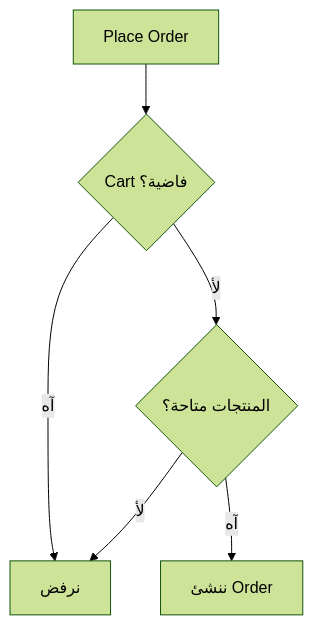
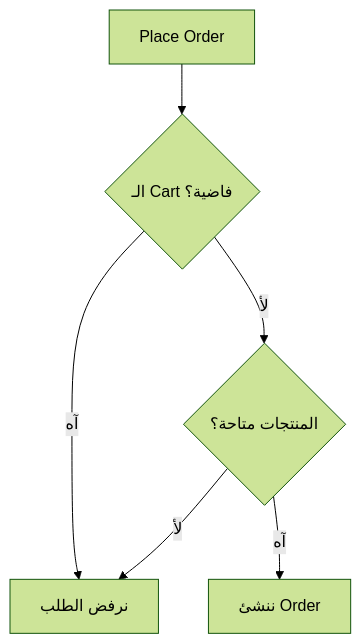
One commit to Mohamed-Shahata/Beyond-the-Code changed the diagram in Part-01-SRS/03-how-to-read-srs.md. Above: the diagram before and after it, drawn with Mermaid (forest theme). The commit also changed other lines of this file and 6 other files, not shown here.

````diff
--- a/Part-01-SRS/03-how-to-read-srs.md
+++ b/Part-01-SRS/03-how-to-read-srs.md
@@ -27,8 +27,8 @@
 ```mermaid
 flowchart TD
-    A["Place Order"] --> B{"Cart فاضية؟"}
-    B -- "آه" --> X["نرفض"]
+    A["Place Order"] --> B{"الـ Cart فاضية؟"}
+    B -- "آه" --> X["نرفض الطلب"]
     B -- "لأ" --> C{"المنتجات متاحة؟"}
     C -- "لأ" --> X
     C -- "آه" --> D["ننشئ Order"]
 ```
````
